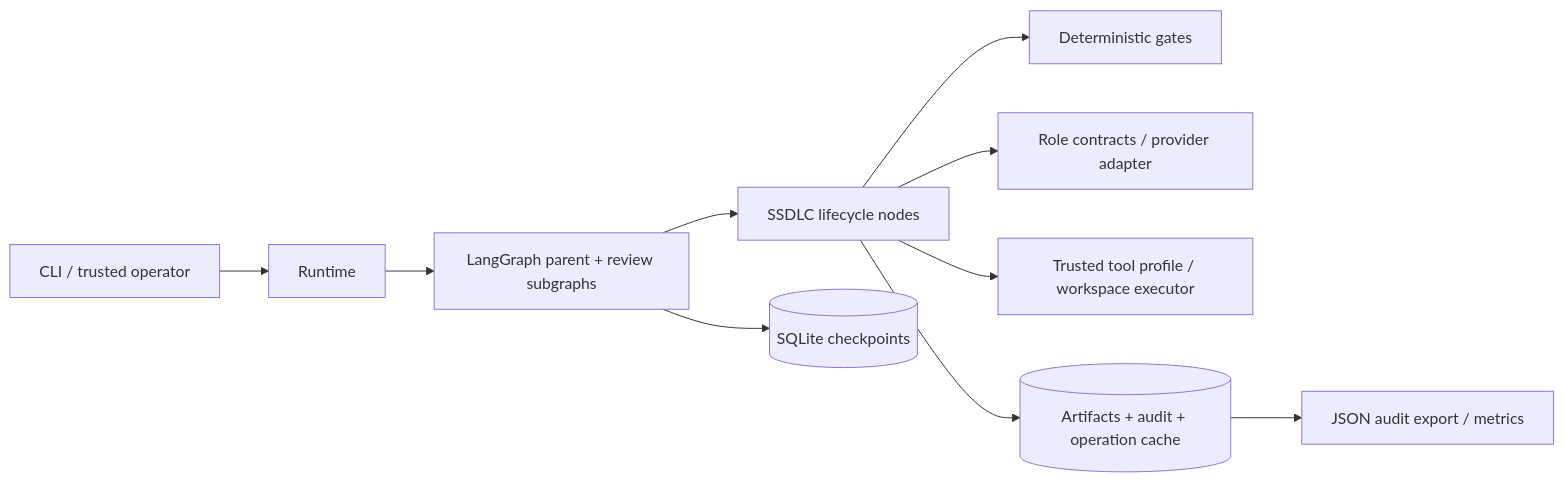
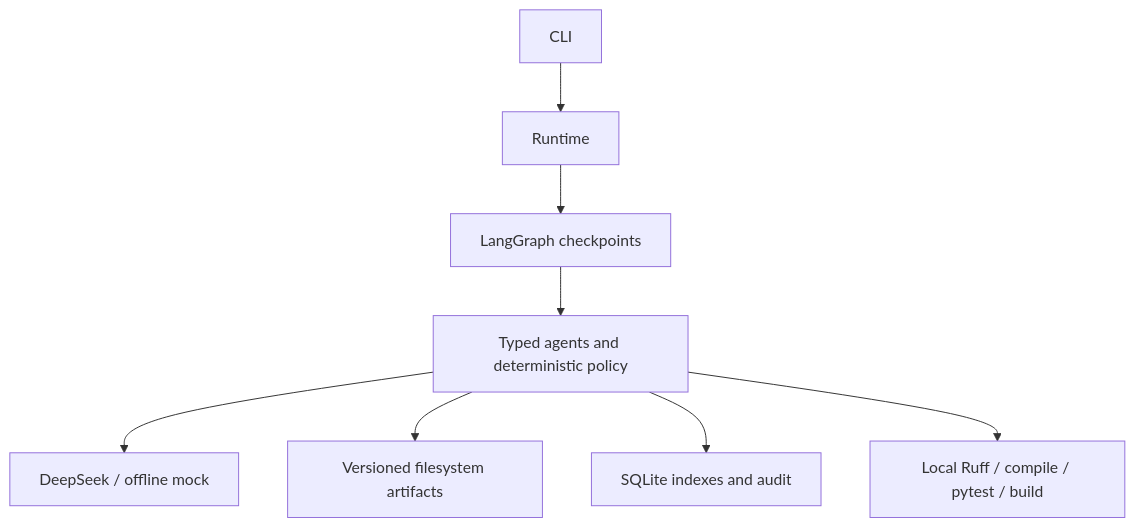
One commit to kavish-agarwal-tech/ssdlc-agentic-flow changed the diagram in docs/architecture.md. Above: the diagram before and after it, drawn with Mermaid. The commit also changed other lines of this file and 35 other files, not shown here.

Commit message:
Simplify SSDLC graph around combined design and shared quality review

````diff
--- a/docs/architecture.md
+++ b/docs/architecture.md
@@ -10,12 +5,10 @@
 ```mermaid
-flowchart LR
-    CLI[CLI / trusted operator] --> Runtime
-    Runtime --> LG[LangGraph parent + review subgraphs]
-    LG --> Nodes[SSDLC lifecycle nodes]
-    Nodes --> Policy[Deterministic gates]
-    Nodes --> Agents[Role contracts / provider adapter]
-    Nodes --> Tools[Trusted tool profile / workspace executor]
-    LG --> Checkpoint[(SQLite checkpoints)]
-    Nodes --> Repository[(Artifacts + audit + operation cache)]
-    Repository --> Export[JSON audit export / metrics]
+flowchart TD
+  CLI --> Runtime
+  Runtime --> Graph[LangGraph checkpoints]
+  Graph --> Nodes[Typed agents and deterministic policy]
+  Nodes --> DeepSeek[DeepSeek / offline mock]
+  Nodes --> Files[Versioned filesystem artifacts]
+  Nodes --> DB[SQLite indexes and audit]
+  Nodes --> Tools[Local Ruff / compile / pytest / build]
 ```
````
